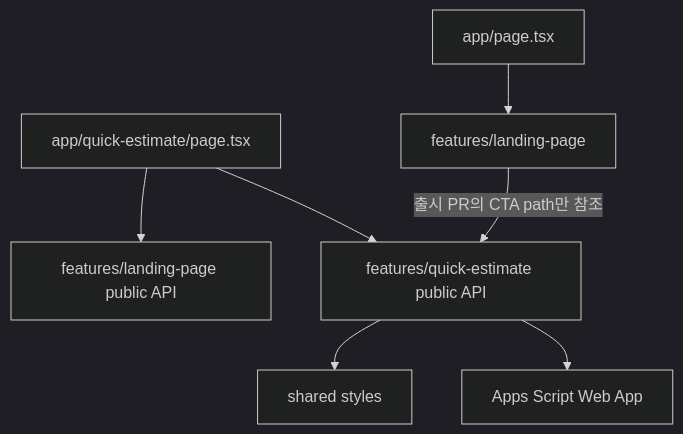
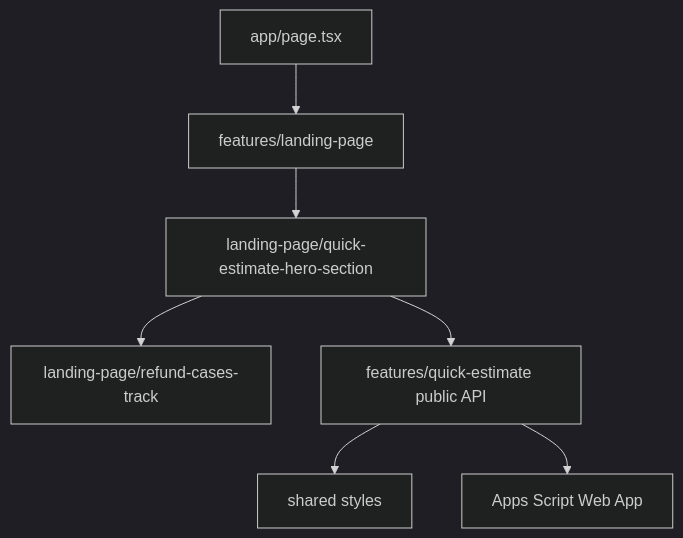
Before and after one commit to leekwansootv-creator/4refund: the second of 2 diagrams in docs/planning/quick-estimate-ui-design-plan.md, drawn with Mermaid (dark theme). The commit also changed other lines of this file and 4 other files, not shown here.

````diff
--- a/docs/planning/quick-estimate-ui-design-plan.md
+++ b/docs/planning/quick-estimate-ui-design-plan.md
@@ -243,9 +237,9 @@
 ```mermaid
 flowchart TD
     HomeRoute["app/page.tsx"] --> LandingPage["features/landing-page"]
-    EstimateRoute["app/quick-estimate/page.tsx"] --> LandingShell["features/landing-page public API"]
-    EstimateRoute --> EstimateFeature["features/quick-estimate public API"]
-    LandingPage -->|"출시 PR의 CTA path만 참조"| EstimateFeature
+    LandingPage --> EstimateHero["landing-page/quick-estimate-hero-section"]
+    EstimateHero --> CaseTrack["landing-page/refund-cases-track"]
+    EstimateHero --> EstimateFeature["features/quick-estimate public API"]
     EstimateFeature --> Shared["shared styles"]
     EstimateFeature --> AppsScript["Apps Script Web App"]
 ```
````
